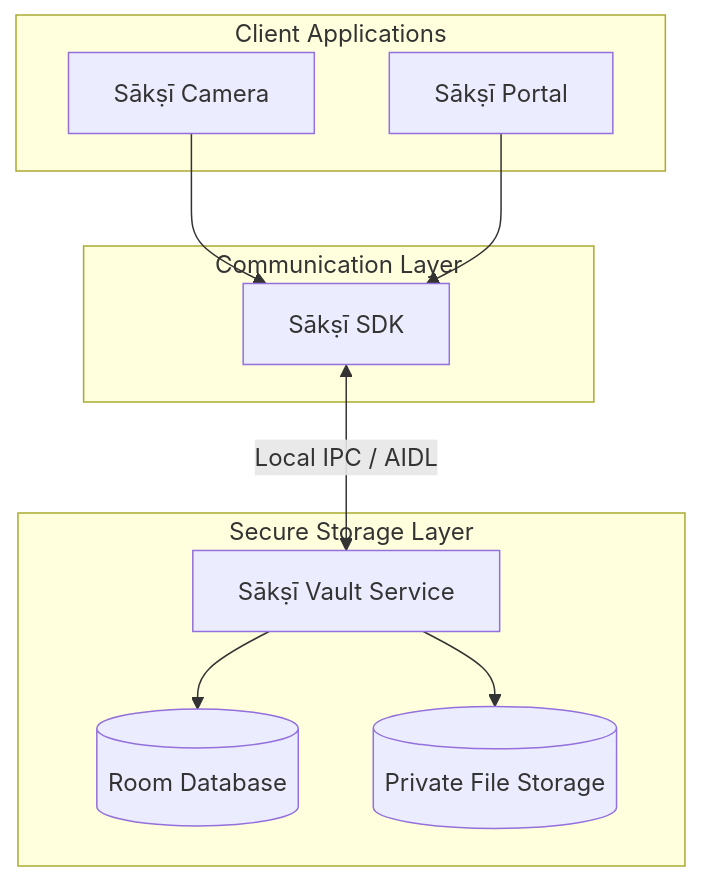
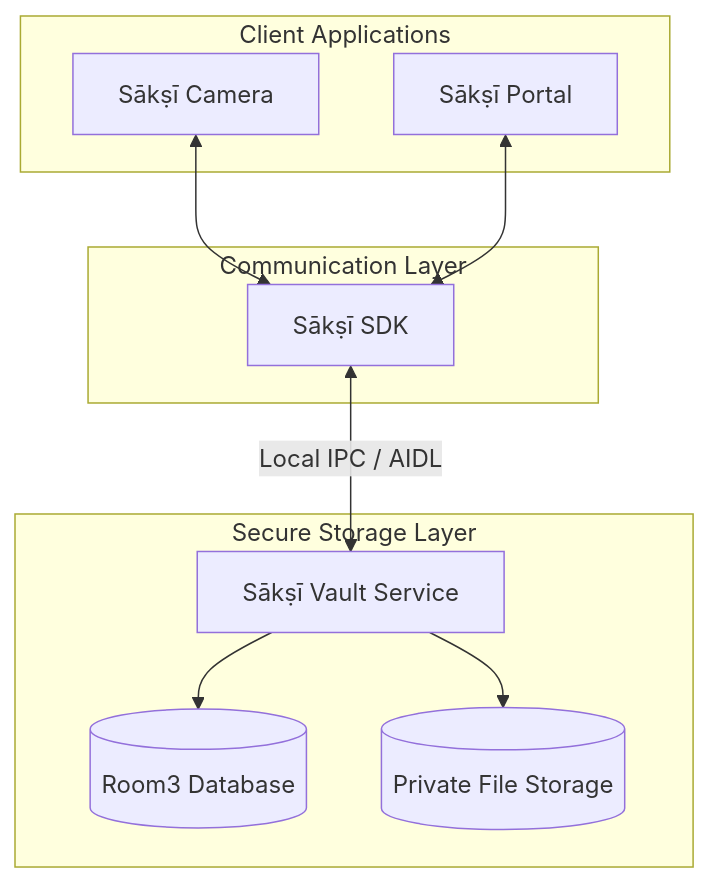
One commit to RajnishKMehta/Sakshi-All changed the diagram in 00_docs/getting-started/ecosystem-overview.md. Above: the diagram before and after it, drawn with Mermaid.

````diff
--- a/00_docs/getting-started/ecosystem-overview.md
+++ b/00_docs/getting-started/ecosystem-overview.md
@@ -17,24 +17,24 @@
 ```mermaid
 flowchart TD
     subgraph Client Applications
         C[Sākṣī Camera]
         P[Sākṣī Portal]
     end
 
     subgraph Communication Layer
         SDK[Sākṣī SDK]
     end
 
     subgraph Secure Storage Layer
         V[Sākṣī Vault Service]
-        DB[(Room Database)]
+        DB[(Room3 Database)]
         FS[(Private File Storage)]
     end
 
-    C & P --> SDK
+    C & P <--> SDK
 
     SDK <-->|Local IPC / AIDL| V
 
     V --> DB
     V --> FS
 ```
````
